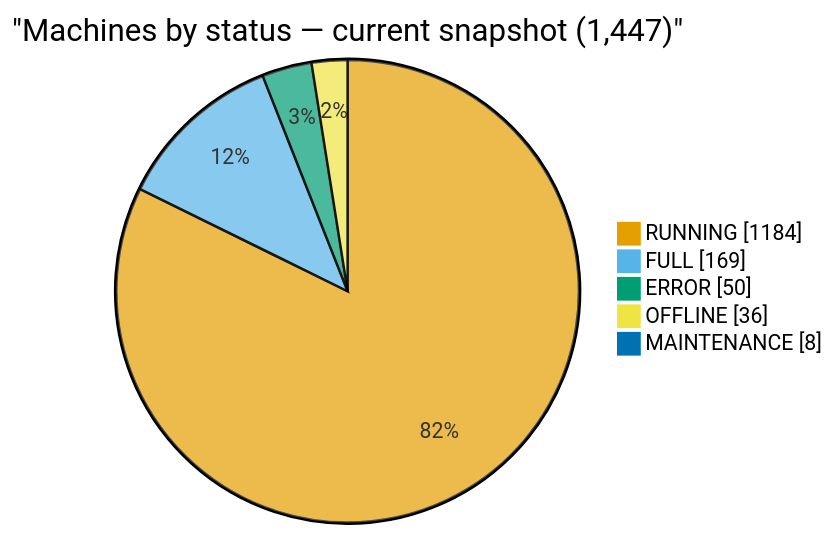
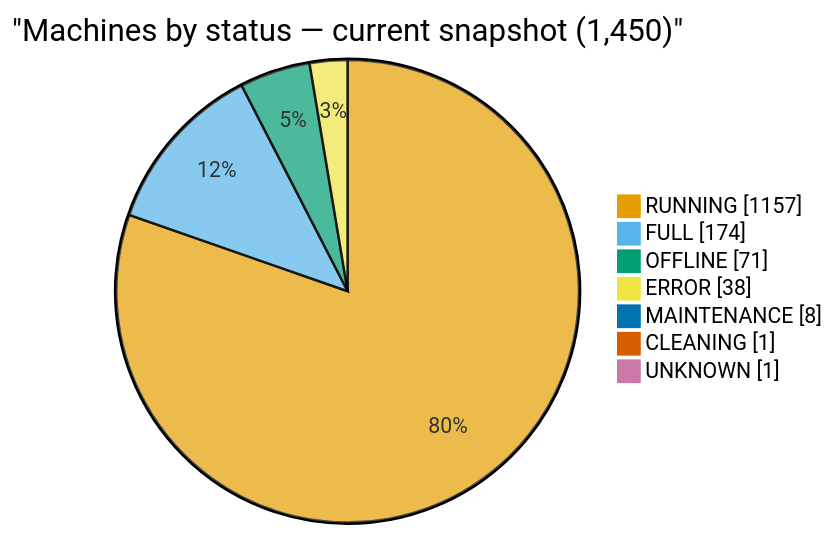
The first of 5 diagrams in ANALYSIS.md (cheeaun/returnright-data), drawn with Mermaid before and after one commit. The commit also changed other lines of this file and 4 other files, not shown here.

````diff
--- a/ANALYSIS.md
+++ b/ANALYSIS.md
@@ -22,21 +22,23 @@
 ```mermaid
 ---
 config:
   themeVariables:
     pie1: "#E69F00"
     pie2: "#56B4E9"
     pie3: "#009E73"
     pie4: "#F0E442"
     pie5: "#0072B2"
     pie6: "#D55E00"
     pie7: "#CC79A7"
     pie8: "#999999"
 ---
 pie showData
-    title "Machines by status — current snapshot (1,447)"
-    "RUNNING": 1184
-    "FULL": 169
-    "ERROR": 50
-    "OFFLINE": 36
+    title "Machines by status — current snapshot (1,450)"
+    "RUNNING": 1157
+    "FULL": 174
+    "OFFLINE": 71
+    "ERROR": 38
     "MAINTENANCE": 8
+    "CLEANING": 1
+    "UNKNOWN": 1
 ```
````
